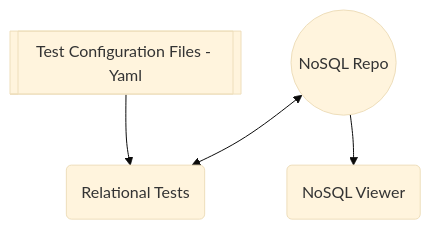
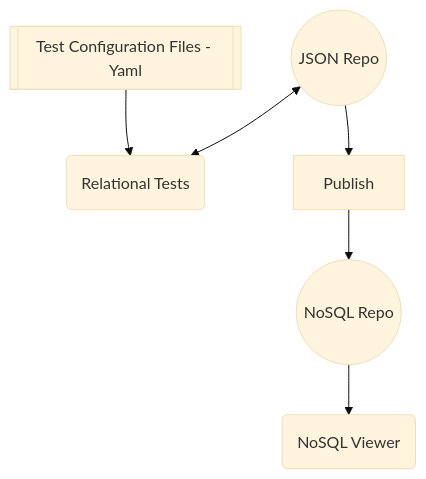
One commit to CDLUC3/mrt-cron changed the second of 5 diagrams in coll-health-obj-analysis/README.md. Above: the diagram before and after it, drawn with Mermaid (base theme). The commit also changed other lines of this file, not shown here.

````diff
--- a/coll-health-obj-analysis/README.md
+++ b/coll-health-obj-analysis/README.md
@@ -37,10 +39,13 @@
 ```mermaid
   graph TD;
+      JsonRepo((JSON Repo))
       NoSQL((NoSQL Repo))
       RelationalTests(Relational Tests)
-      NoSQL<-->RelationalTests
+      JsonRepo<-->RelationalTests
+      JsonRepo-->Publish
+      Publish-->NoSQL
       TestConfig[[Test Configuration Files - Yaml]]
       TestConfig-->RelationalTests
       NoSQLViewer(NoSQL Viewer)
       NoSQL-->NoSQLViewer
 ```
````
